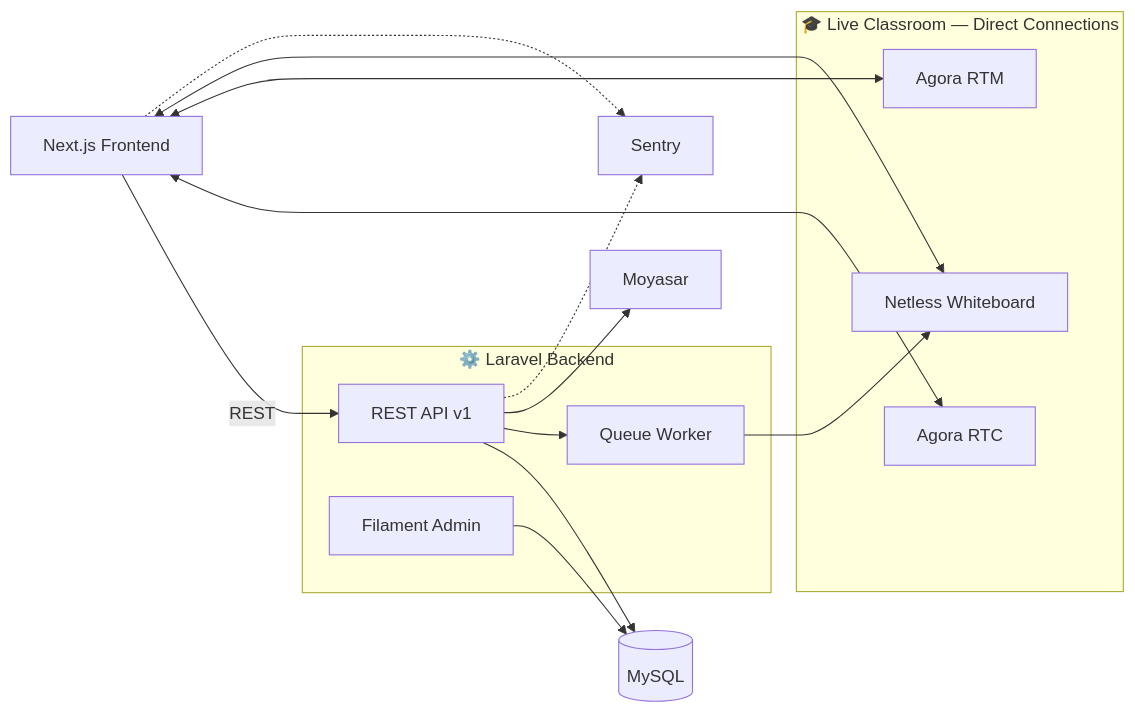
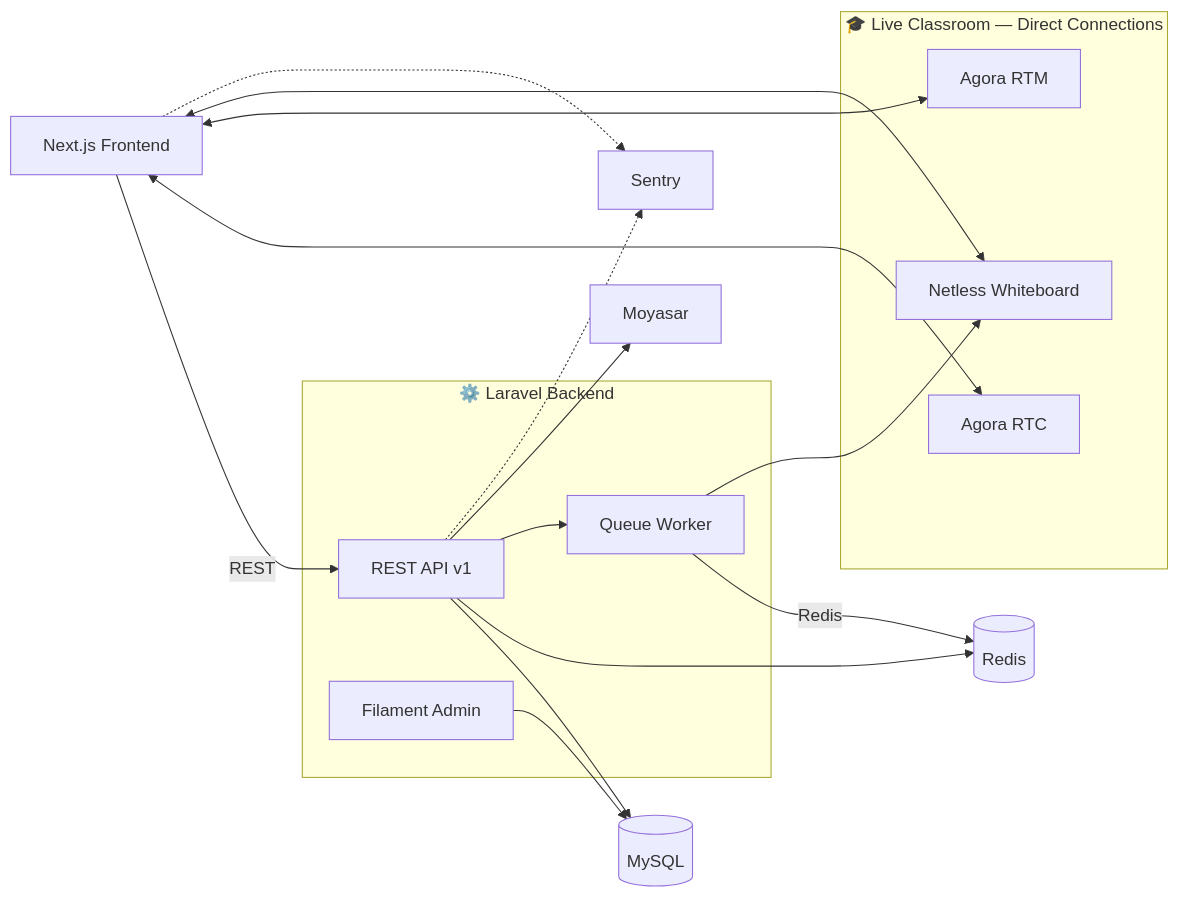
One commit to Ammar-1993/Taj-Platform changed the diagram in README.md. Above: the diagram before and after it, drawn with Mermaid. The commit also changed other lines of this file, not shown here.

Commit message:
docs: update project documentation to include Redis integration, testing metrics, and Sentry source map configuration

````diff
--- a/README.md
+++ b/README.md
@@ -54,32 +54,35 @@
 ```mermaid
 graph LR
     FE[Next.js Frontend]
 
     subgraph Live["🎓 Live Classroom — Direct Connections"]
         RTC[Agora RTC]
         RTM[Agora RTM]
         WB[Netless Whiteboard]
     end
 
     subgraph BE["⚙️ Laravel Backend"]
         API[REST API v1]
         ADMIN[Filament Admin]
         QUEUE[Queue Worker]
     end
 
     DB[(MySQL)]
+    REDIS[(Redis)]
     PAY[Moyasar]
     MON[Sentry]
 
     FE -->|REST| API
     FE <--> RTC
     FE <--> RTM
     FE <--> WB
     API --> DB
+    API --> REDIS
     ADMIN --> DB
     API --> QUEUE
+    QUEUE -->|Redis| REDIS
     QUEUE --> WB
     API --> PAY
     API -.-> MON
     FE -.-> MON
 ```
````
